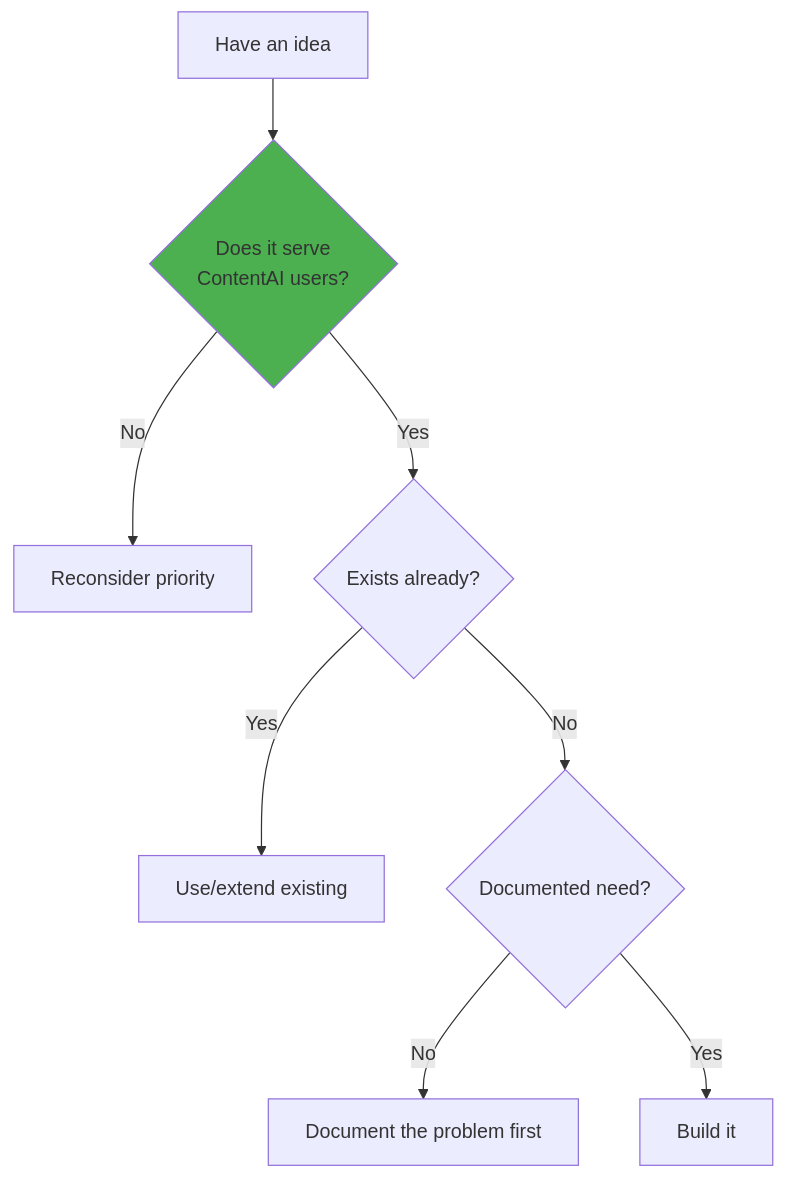
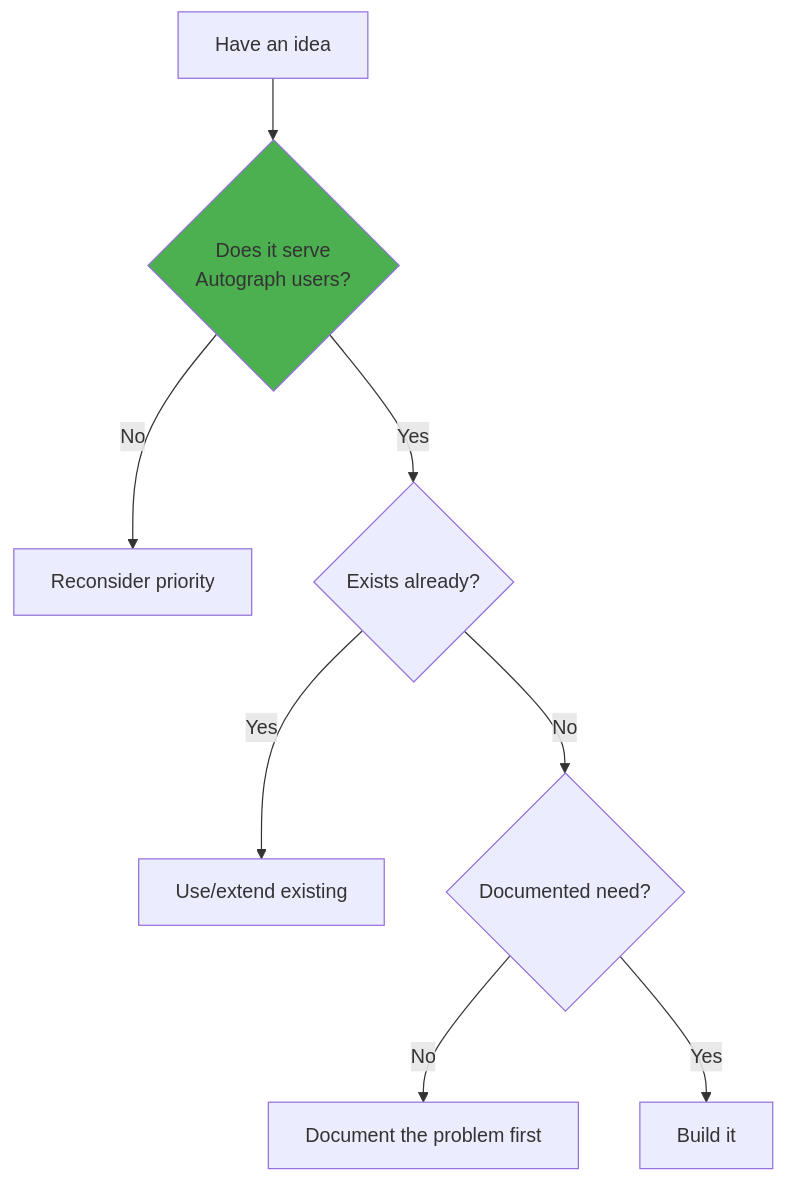
Before and after one commit to PearlThoughtsInternship/Internship-Obsidian-Vault: the fifth of 9 diagrams in DevOps/04-Internship/04-Your-Role.md, drawn with Mermaid. The commit also changed other lines of this file and 8 other files, not shown here.

First line of the commit message:
rebrand: Complete ContentAI → Autograph rename across all docs

````diff
--- a/DevOps/04-Internship/04-Your-Role.md
+++ b/DevOps/04-Internship/04-Your-Role.md
@@ -183,12 +183,12 @@
 ```mermaid
 flowchart TD
-    A["Have an idea"] --> B{"Does it serve<br/>ContentAI users?"}
+    A["Have an idea"] --> B{"Does it serve<br/>Autograph users?"}
     B -->|"No"| C["Reconsider priority"]
     B -->|"Yes"| D{"Exists already?"}
     D -->|"Yes"| E["Use/extend existing"]
     D -->|"No"| F{"Documented need?"}
     F -->|"No"| G["Document the problem first"]
     F -->|"Yes"| H["Build it"]
 
     style B fill:#4CAF50
 ```
````
